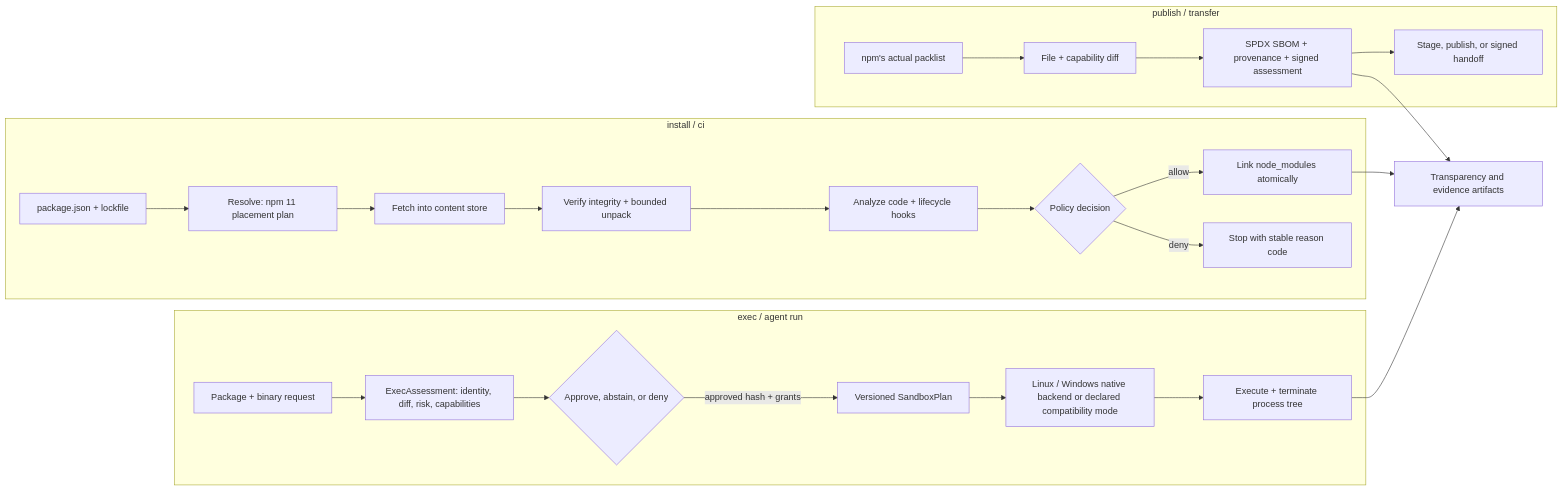
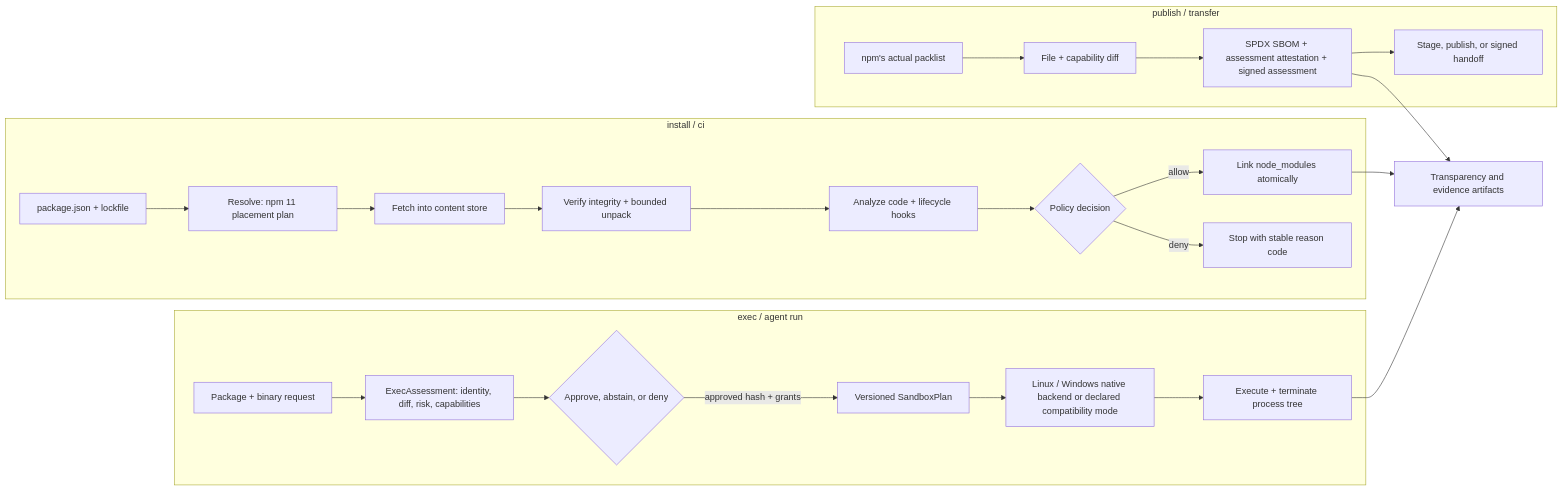
Before and after one commit to Generalized-Labs/oath: the diagram in README.md, drawn with Mermaid. The commit also changed other lines of this file and 54 other files, not shown here.

````diff
--- a/README.md
+++ b/README.md
@@ -74,30 +85,30 @@
 ```mermaid
 flowchart LR
   subgraph Install["install / ci"]
     M["package.json + lockfile"] --> R["Resolve: npm 11 placement plan"]
     R --> F["Fetch into content store"]
     F --> V["Verify integrity + bounded unpack"]
     V --> A["Analyze code + lifecycle hooks"]
     A --> P{"Policy decision"}
     P -->|allow| L["Link node_modules atomically"]
     P -->|deny| D["Stop with stable reason code"]
   end
 
   subgraph Exec["exec / agent run"]
     Q["Package + binary request"] --> EA["ExecAssessment: identity, diff, risk, capabilities"]
     EA --> AP{"Approve, abstain, or deny"}
     AP -->|approved hash + grants| SP["Versioned SandboxPlan"]
     SP --> SB["Linux / Windows native backend or declared compatibility mode"]
     SB --> E["Execute + terminate process tree"]
   end
 
   subgraph Publish["publish / transfer"]
     PK["npm's actual packlist"] --> PD["File + capability diff"]
-    PD --> PS["SPDX SBOM + provenance + signed assessment"]
+    PD --> PS["SPDX SBOM + assessment attestation + signed assessment"]
     PS --> PR["Stage, publish, or signed handoff"]
   end
 
   L --> T["Transparency and evidence artifacts"]
   E --> T
   PS --> T
 ```
````
